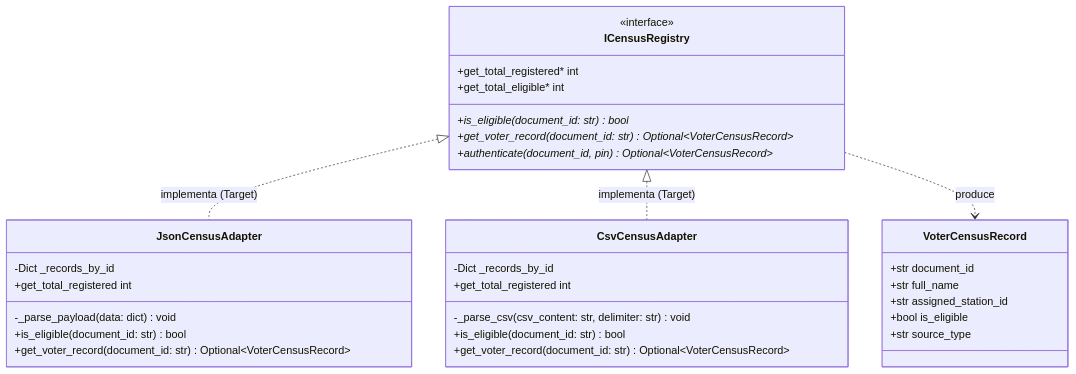
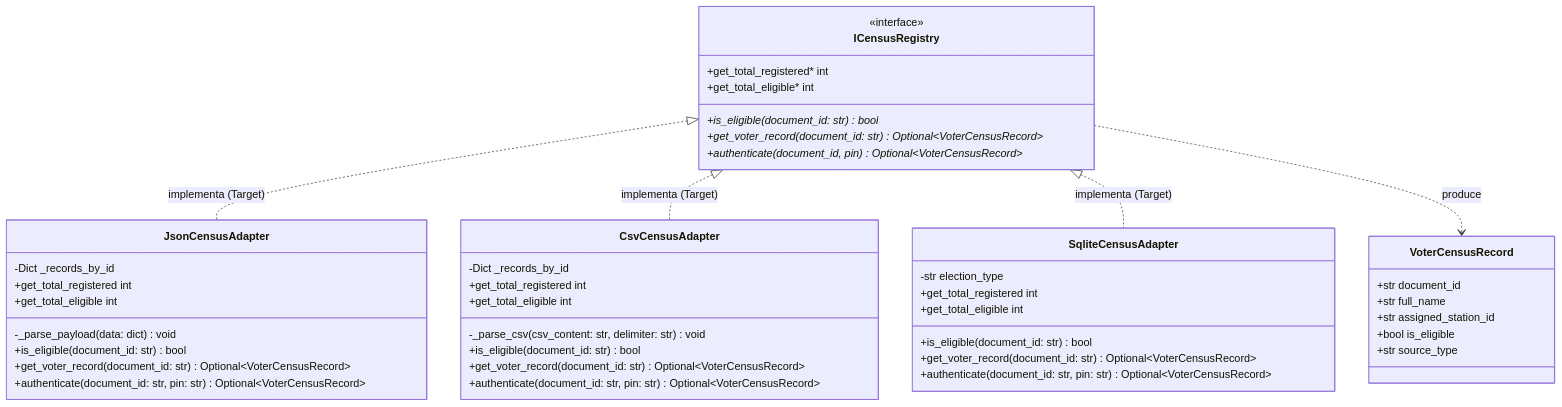
The first of 2 diagrams in docs/avances/patron_adapter_bridge.md (yesidexe/pdsa194), drawn with Mermaid before and after one commit. The commit also changed other lines of this file and 16 other files, not shown here.

````diff
--- a/docs/avances/patron_adapter_bridge.md
+++ b/docs/avances/patron_adapter_bridge.md
@@ -53,44 +53,58 @@
 ```mermaid
 classDiagram
     direction TB
 
     %% Interfaz Target
     class ICensusRegistry {
         <<interface>>
         +is_eligible(document_id: str)* bool
         +get_voter_record(document_id: str)* Optional~VoterCensusRecord~
         +get_total_registered* int
         +get_total_eligible* int
         +authenticate(document_id, pin)* Optional~VoterCensusRecord~
     }
 
     %% Modelo Canónico de Dominio
     class VoterCensusRecord {
         +str document_id
         +str full_name
         +str assigned_station_id
         +bool is_eligible
         +str source_type
     }
 
     %% Adaptadores Concretos (Adapter de Objeto)
     class JsonCensusAdapter {
         -Dict _records_by_id
         -_parse_payload(data: dict) void
         +is_eligible(document_id: str) bool
         +get_voter_record(document_id: str) Optional~VoterCensusRecord~
         +get_total_registered int
+        +get_total_eligible int
+        +authenticate(document_id: str, pin: str) Optional~VoterCensusRecord~
     }
 
     class CsvCensusAdapter {
         -Dict _records_by_id
         -_parse_csv(csv_content: str, delimiter: str) void
         +is_eligible(document_id: str) bool
         +get_voter_record(document_id: str) Optional~VoterCensusRecord~
         +get_total_registered int
+        +get_total_eligible int
+        +authenticate(document_id: str, pin: str) Optional~VoterCensusRecord~
+    }
+
+    class SqliteCensusAdapter {
+        -str election_type
+        +is_eligible(document_id: str) bool
+        +get_voter_record(document_id: str) Optional~VoterCensusRecord~
+        +get_total_registered int
+        +get_total_eligible int
+        +authenticate(document_id: str, pin: str) Optional~VoterCensusRecord~
     }
 
     ICensusRegistry <|.. JsonCensusAdapter : implementa (Target)
     ICensusRegistry <|.. CsvCensusAdapter : implementa (Target)
+    ICensusRegistry <|.. SqliteCensusAdapter : implementa (Target)
     ICensusRegistry ..> VoterCensusRecord : produce
 ```
````
